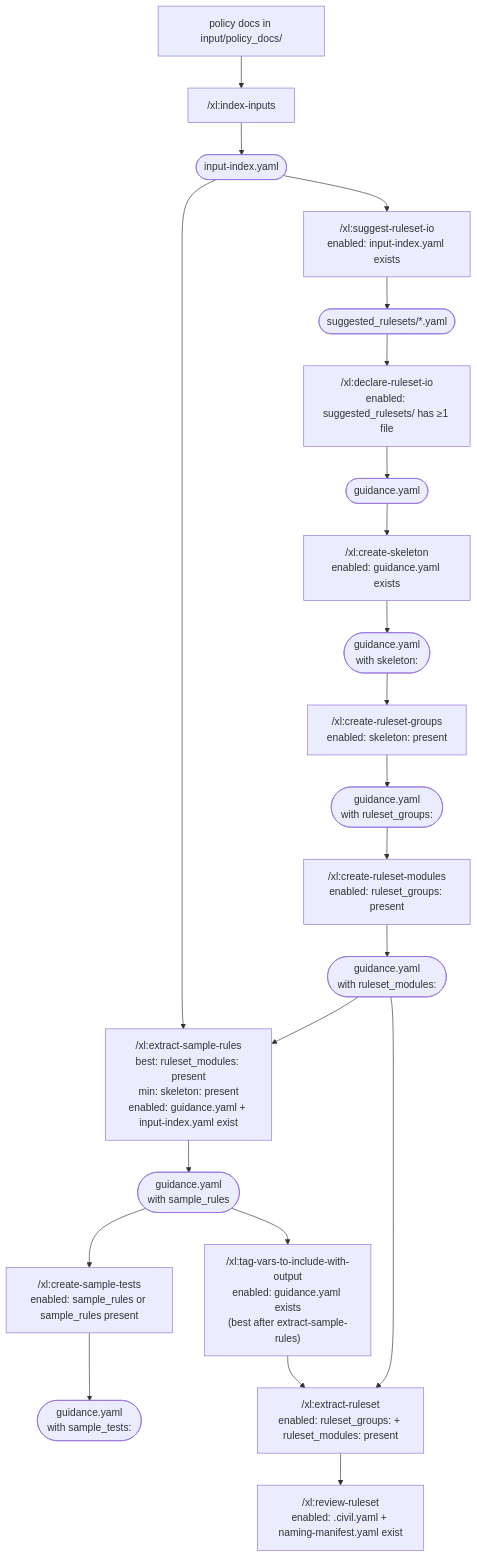
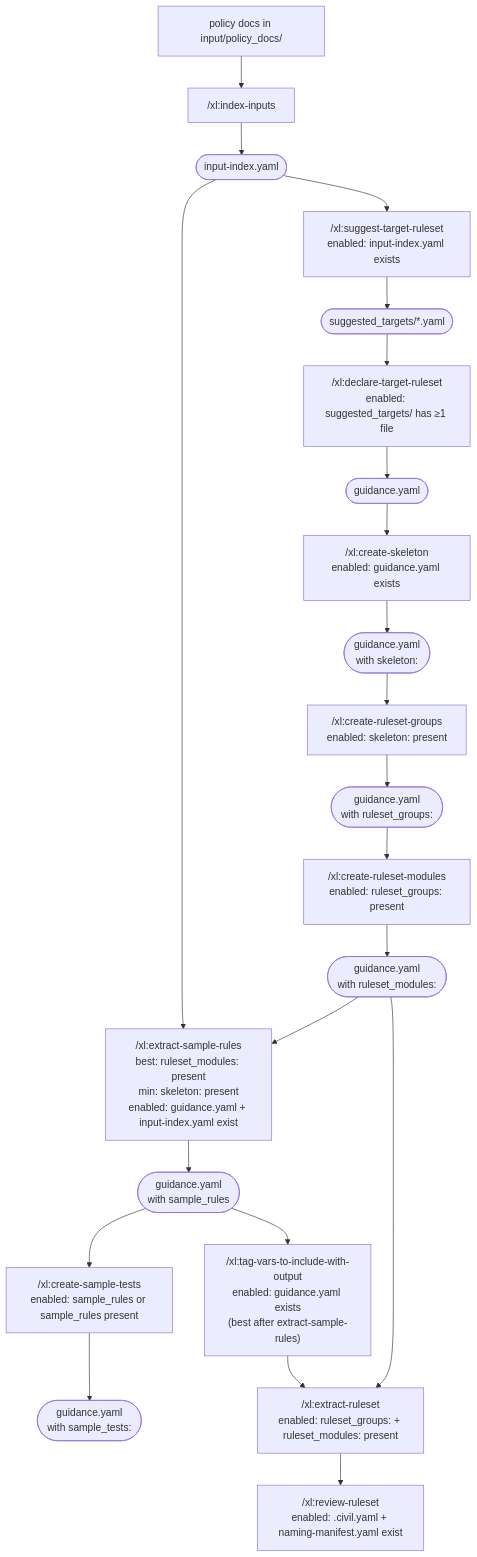
One commit to navapbc/lockpicks-xlator-plugin changed the diagram in xl-plugin/CLAUDE.md. Above: the diagram before and after it, drawn with Mermaid. The commit also changed other lines of this file and 10 other files, not shown here.

Commit message:
rename *-ruleset-io to *-target-ruleset

````diff
--- a/xl-plugin/CLAUDE.md
+++ b/xl-plugin/CLAUDE.md
@@ -48,42 +48,42 @@
 ```mermaid
 flowchart TD
     DOCS["policy docs in input/policy_docs/"]
     IDX_CMD["/xl:index-inputs"]
     IDX(["input-index.yaml"])
 
     DOCS --> IDX_CMD --> IDX
 
-    SUG["/xl:suggest-ruleset-io\nenabled: input-index.yaml exists"]
-    SUG_F(["suggested_rulesets/*.yaml"])
-    DECL["/xl:declare-ruleset-io\nenabled: suggested_rulesets/ has ≥1 file"]
+    SUG["/xl:suggest-target-ruleset\nenabled: input-index.yaml exists"]
+    SUG_F(["suggested_targets/*.yaml"])
+    DECL["/xl:declare-target-ruleset\nenabled: suggested_targets/ has ≥1 file"]
     GY(["guidance.yaml"])
 
     IDX --> SUG --> SUG_F --> DECL --> GY
 
     SKEL["/xl:create-skeleton\nenabled: guidance.yaml exists"]
     GY_SKEL(["guidance.yaml\nwith skeleton:"])
     GROUPS["/xl:create-ruleset-groups\nenabled: skeleton: present"]
     GY_GROUPS(["guidance.yaml\nwith ruleset_groups:"])
     MODS["/xl:create-ruleset-modules\nenabled: ruleset_groups: present"]
 
     GY --> SKEL --> GY_SKEL --> GROUPS --> GY_GROUPS --> MODS
 
     GY_MODS(["guidance.yaml\nwith ruleset_modules:"])
     SAMPLERULES["/xl:extract-sample-rules\nbest: ruleset_modules: present\nmin: skeleton: present\nenabled: guidance.yaml + input-index.yaml exist"]
     GY_RULES(["guidance.yaml\nwith sample_rules"])
     TAGVARS["/xl:tag-vars-to-include-with-output\nenabled: guidance.yaml exists\n(best after extract-sample-rules)"]
     SAMPLETESTS["/xl:create-sample-tests\nenabled: sample_rules or sample_rules present"]
     GY_SAMPLETESTS(["guidance.yaml\nwith sample_tests:"])
 
     MODS --> GY_MODS --> SAMPLERULES
     IDX --> SAMPLERULES
     SAMPLERULES --> GY_RULES --> TAGVARS
     GY_RULES --> SAMPLETESTS --> GY_SAMPLETESTS
 
     EXTRACT["/xl:extract-ruleset\nenabled: ruleset_groups: + ruleset_modules: present"]
     REVIEW["/xl:review-ruleset\nenabled: <program>.civil.yaml + naming-manifest.yaml exist"]
 
     GY_MODS --> EXTRACT
     TAGVARS --> EXTRACT
     EXTRACT --> REVIEW
 ```
````
